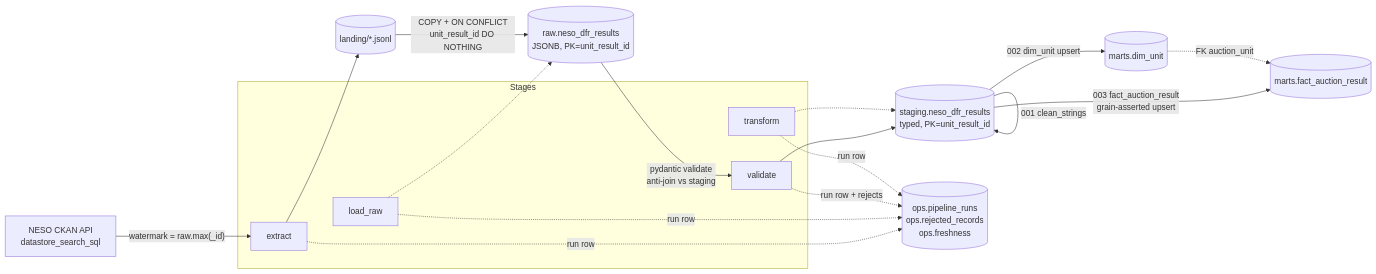
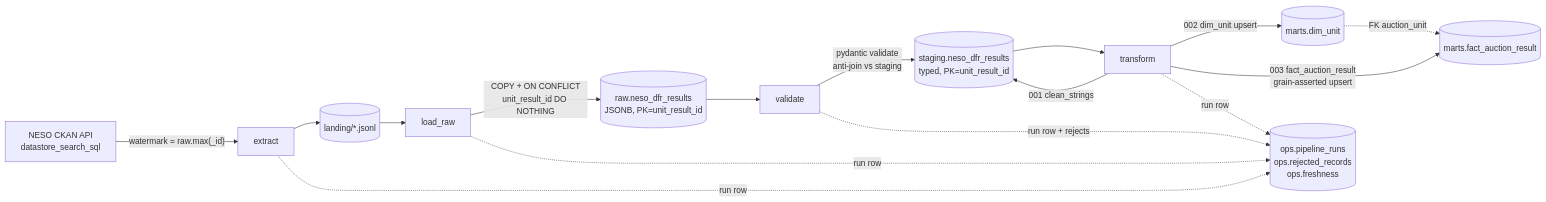
One commit to e-mcdonald/habitattakehome changed the first of 3 diagrams in NOTES.md. Above: the diagram before and after it, drawn with Mermaid. The commit also changed other lines of this file and 4 other files, not shown here.

````diff
--- a/NOTES.md
+++ b/NOTES.md
@@ -13,36 +13,33 @@
 ```mermaid
 flowchart LR
     NESO["NESO CKAN API<br/>datastore_search_sql"]
 
-    subgraph Stages
-        EX["extract"]
-        LD["load_raw"]
-        VA["validate"]
-        TR["transform"]
-    end
+    EX["extract"]
+    LD["load_raw"]
+    VA["validate"]
+    TR["transform"]
 
     JSONL[("landing/*.jsonl")]
     RAW[("raw.neso_dfr_results<br/>JSONB, PK=unit_result_id")]
     STG[("staging.neso_dfr_results<br/>typed, PK=unit_result_id")]
     DIM[("marts.dim_unit")]
     FACT[("marts.fact_auction_result")]
     OPS[("ops.pipeline_runs<br/>ops.rejected_records<br/>ops.freshness")]
 
     NESO -->|"watermark = raw.max(_id)"| EX
     EX --> JSONL
-    JSONL -->|"COPY + ON CONFLICT<br/>unit_result_id DO NOTHING"| RAW
-    RAW -->|"pydantic validate<br/>anti-join vs staging"| VA
-    VA --> STG
-    STG -->|"001 clean_strings"| STG
-    STG -->|"002 dim_unit upsert"| DIM
-    STG -->|"003 fact_auction_result<br/>grain-asserted upsert"| FACT
+    JSONL --> LD
+    LD -->|"COPY + ON CONFLICT<br/>unit_result_id DO NOTHING"| RAW
+    RAW --> VA
+    VA -->|"pydantic validate<br/>anti-join vs staging"| STG
+    STG --> TR
+    TR -->|"001 clean_strings"| STG
+    TR -->|"002 dim_unit upsert"| DIM
+    TR -->|"003 fact_auction_result<br/>grain-asserted upsert"| FACT
     DIM -.->|"FK auction_unit"| FACT
 
     EX -. run row .-> OPS
     LD -. run row .-> OPS
     VA -. run row + rejects .-> OPS
     TR -. run row .-> OPS
-
-    LD -.-> RAW
-    TR -.-> STG
 ```
````
